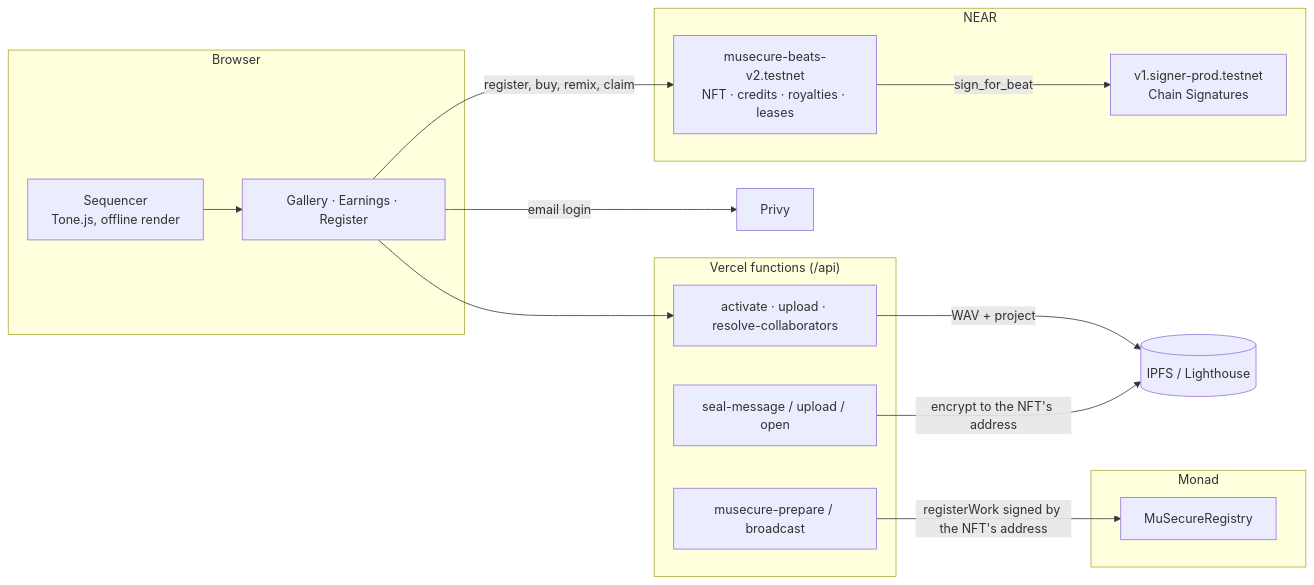
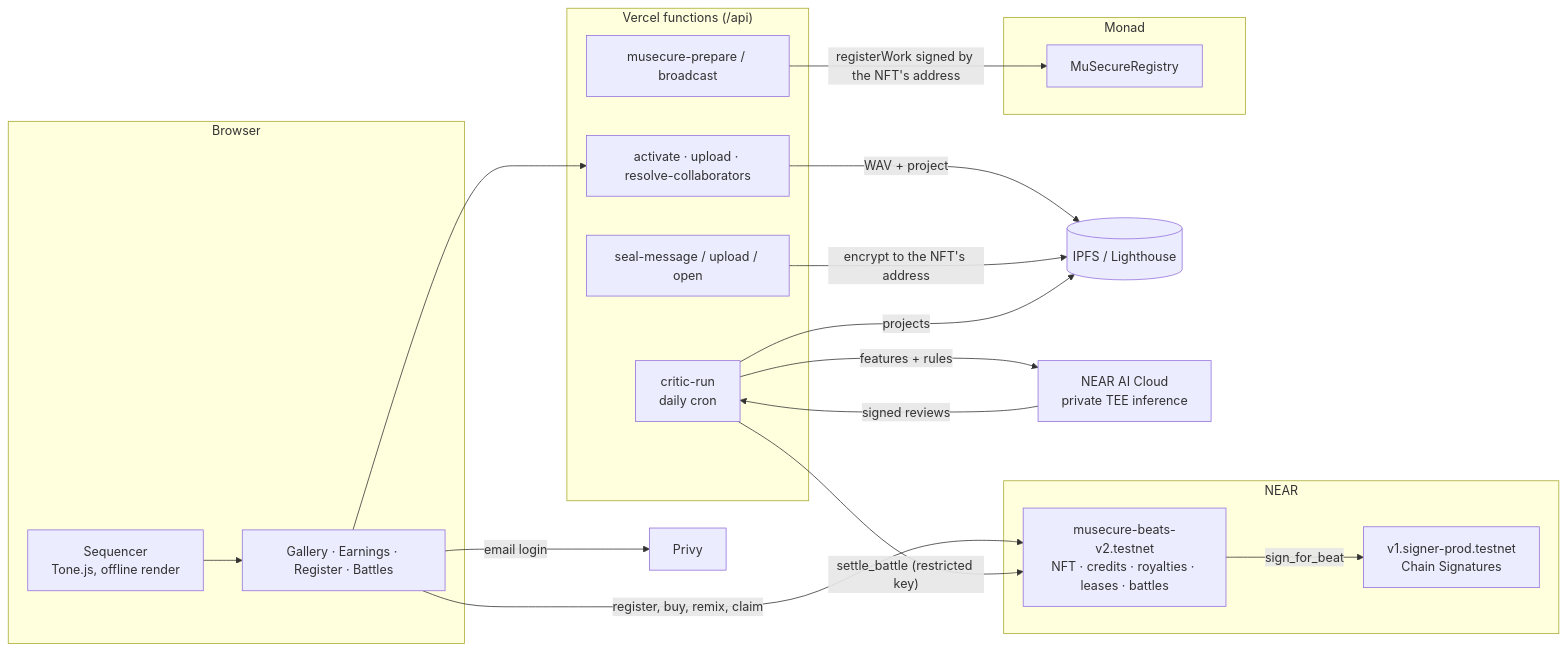
Before and after one commit to Fsk8/musecure-beats: the diagram in README.md, drawn with Mermaid. The commit also changed other lines of this file, not shown here.

````diff
--- a/README.md
+++ b/README.md
@@ -78,30 +93,36 @@
 ```mermaid
 flowchart LR
   subgraph Browser
     S[Sequencer<br/>Tone.js, offline render]
-    G[Gallery · Earnings · Register]
+    G[Gallery · Earnings · Register · Battles]
   end
   subgraph Vercel["Vercel functions (/api)"]
     A[activate · upload · resolve-collaborators]
     M[musecure-prepare / broadcast]
     SE[seal-message / upload / open]
+    CR[critic-run<br/>daily cron]
   end
   subgraph NEAR
-    C[musecure-beats-v2.testnet<br/>NFT · credits · royalties · leases]
+    C[musecure-beats-v2.testnet<br/>NFT · credits · royalties · leases · battles]
     MPC[v1.signer-prod.testnet<br/>Chain Signatures]
   end
   subgraph Monad
     R[MuSecureRegistry]
   end
   L[(IPFS / Lighthouse)]
   P[Privy]
+  AI[NEAR AI Cloud<br/>private TEE inference]
 
   S --> G
   G -- email login --> P
   G -- register, buy, remix, claim --> C
   G --> A
   A -- WAV + project --> L
   C -- sign_for_beat --> MPC
   M -- registerWork signed by the NFT's address --> R
   SE -- encrypt to the NFT's address --> L
+  CR -- projects --> L
+  CR -- features + rules --> AI
+  AI -- signed reviews --> CR
+  CR -- settle_battle (restricted key) --> C
 ```
````
